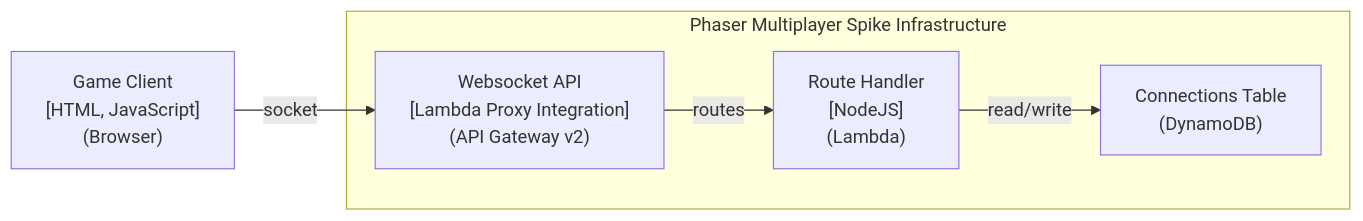
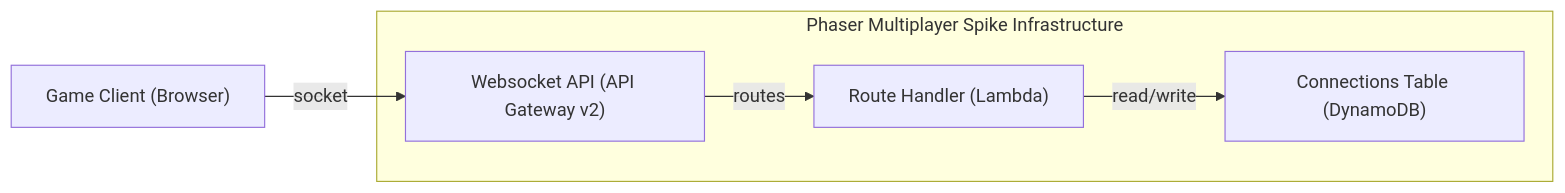
The diagram in assets/mermaid-diagrams/architecture-diagram.mmd (ardelio/phaser-multiplayer-spike-infrastructure), drawn with Mermaid before and after one commit. The commit also changed 5 other files, not shown here.

Commit message:
Attempt to fix diagrams

```diff
--- a/assets/mermaid-diagrams/architecture-diagram.mmd
+++ b/assets/mermaid-diagrams/architecture-diagram.mmd
@@ -1,8 +1,8 @@
 graph LR
-  GC["Game Client<br/>[HTML, JavaScript]<br/>(Browser)"]
+  GC["Game Client (Browser)"]
   subgraph "Phaser Multiplayer Spike Infrastructure"
-    WA["Websocket API<br/>[Lambda Proxy Integration]<br/>(API Gateway v2)"]
-    RH["Route Handler<br/>[NodeJS]<br/>(Lambda)"]
-    CT["Connections Table<br/>(DynamoDB)"]
+    WA["Websocket API (API Gateway v2)"]
+    RH["Route Handler (Lambda)"]
+    CT["Connections Table (DynamoDB)"]
   end
-  GC --socket--> WA --routes--> RH --read/write--> CT
+  GC--socket-->WA--routes-->RH--read/write-->CT
```
